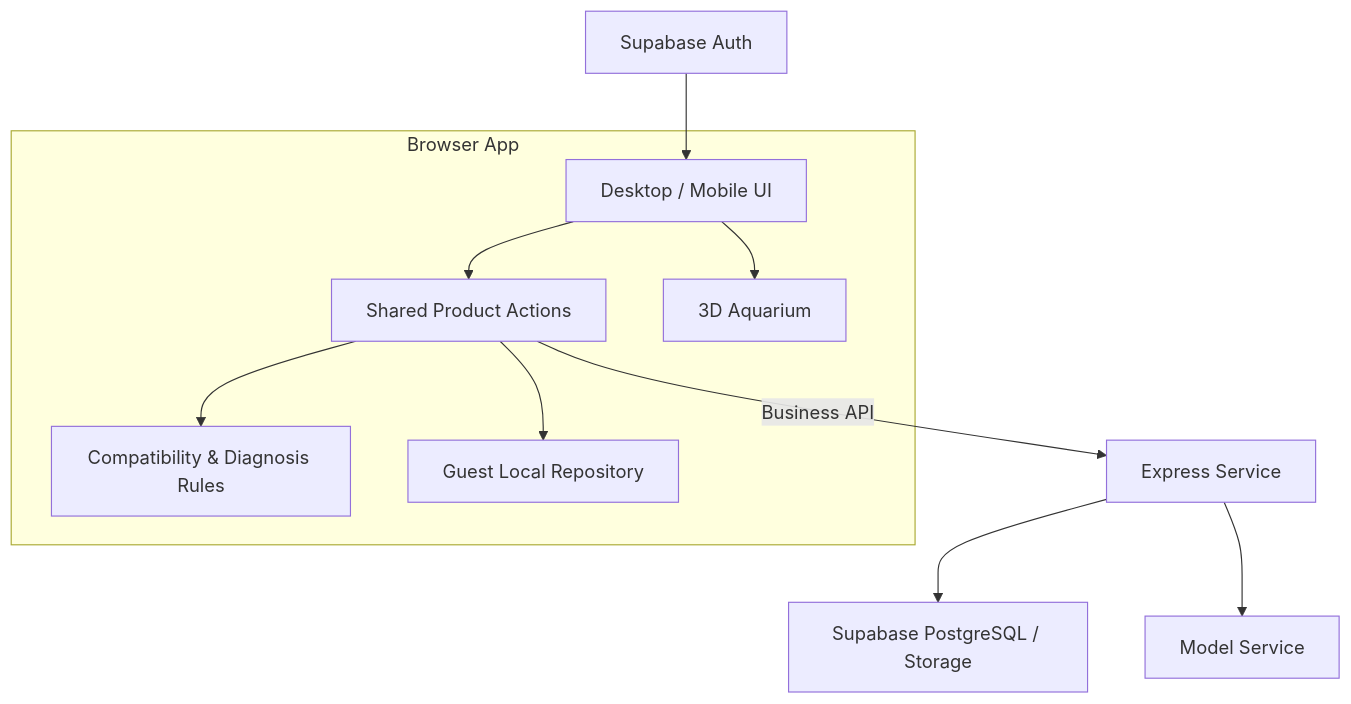
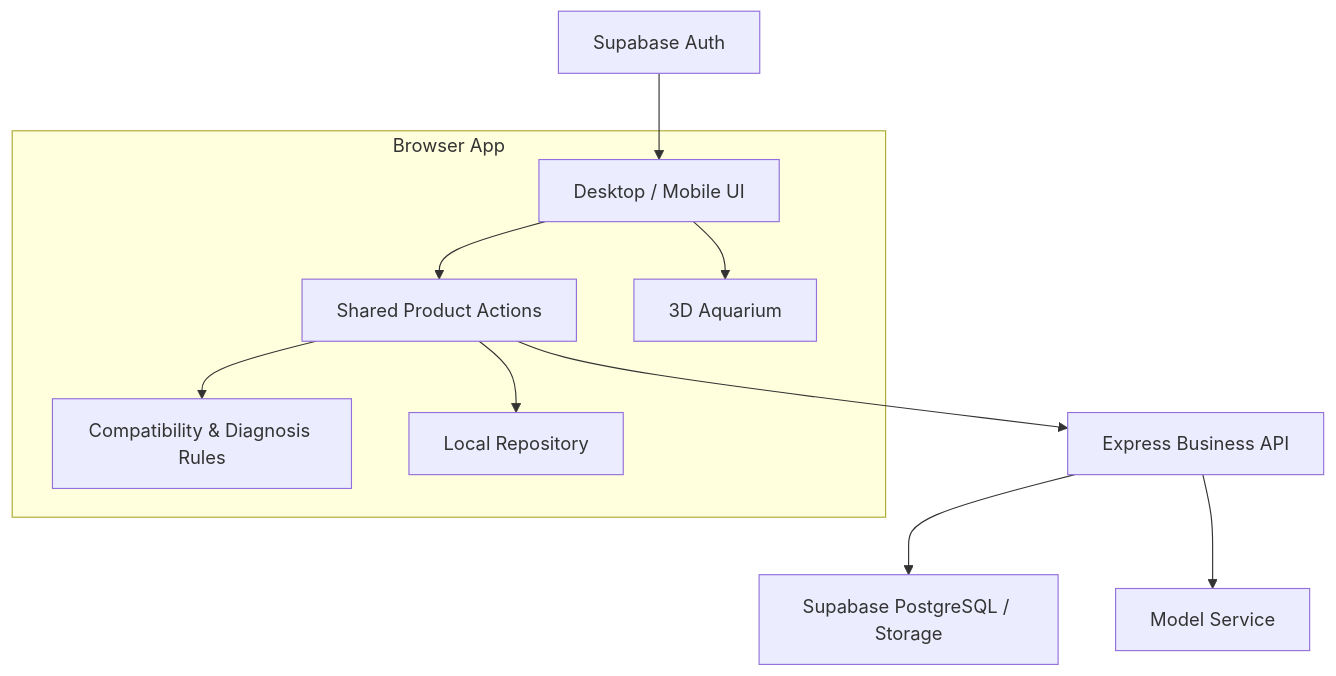
Before and after one commit to chusday97/aquaguide-tank-guide: the fourth of 4 diagrams in README.md, drawn with Mermaid. The commit also changed other lines of this file, not shown here.

````diff
--- a/README.md
+++ b/README.md
@@ -71,19 +241,19 @@
 ```mermaid
 flowchart TB
   subgraph Client[Browser App]
     UI[Desktop / Mobile UI]
     Actions[Shared Product Actions]
     Rules[Compatibility & Diagnosis Rules]
-    Local[Guest Local Repository]
+    Local[Local Repository]
     Three[3D Aquarium]
     UI --> Actions
     Actions --> Rules
     Actions --> Local
     UI --> Three
   end
 
-  Actions -->|Business API| API[Express Service]
+  Actions --> API[Express Business API]
   API --> DB[Supabase PostgreSQL / Storage]
   API --> AI[Model Service]
   Auth[Supabase Auth] --> UI
 ```
````
